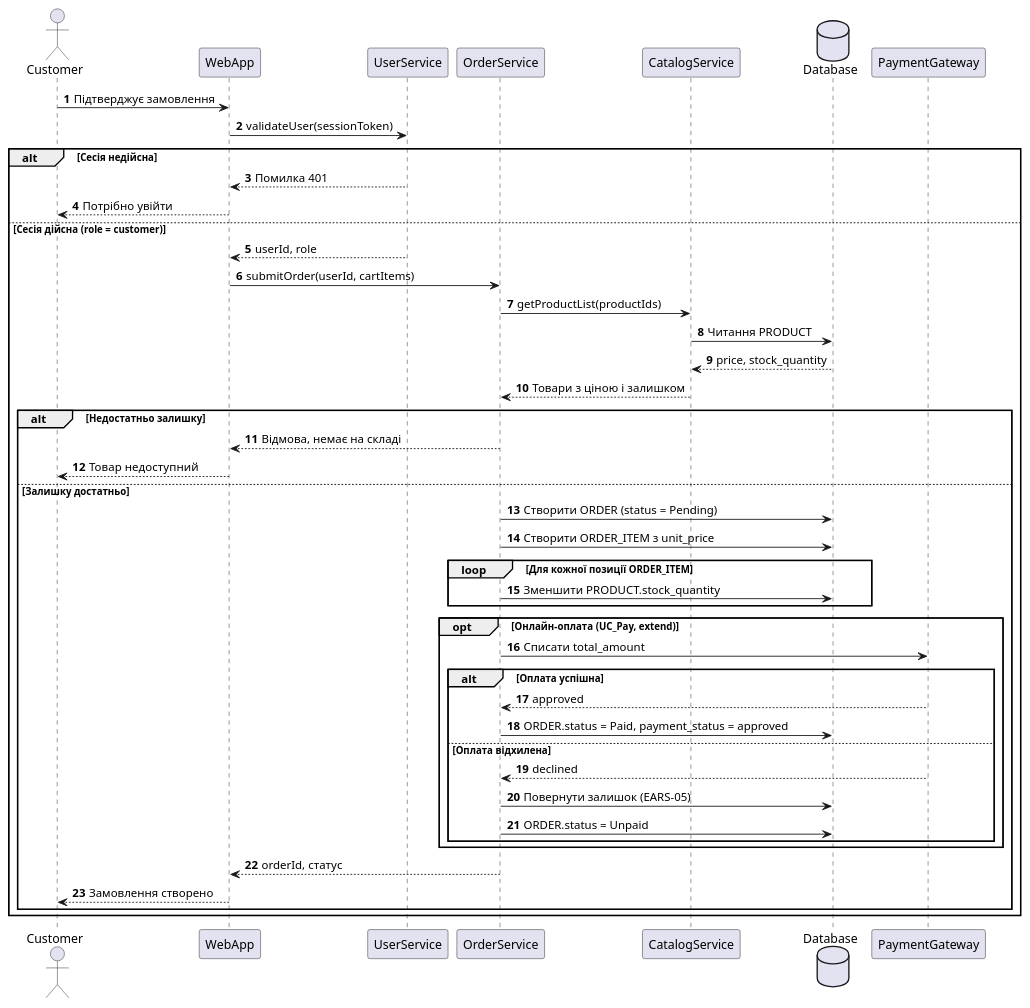
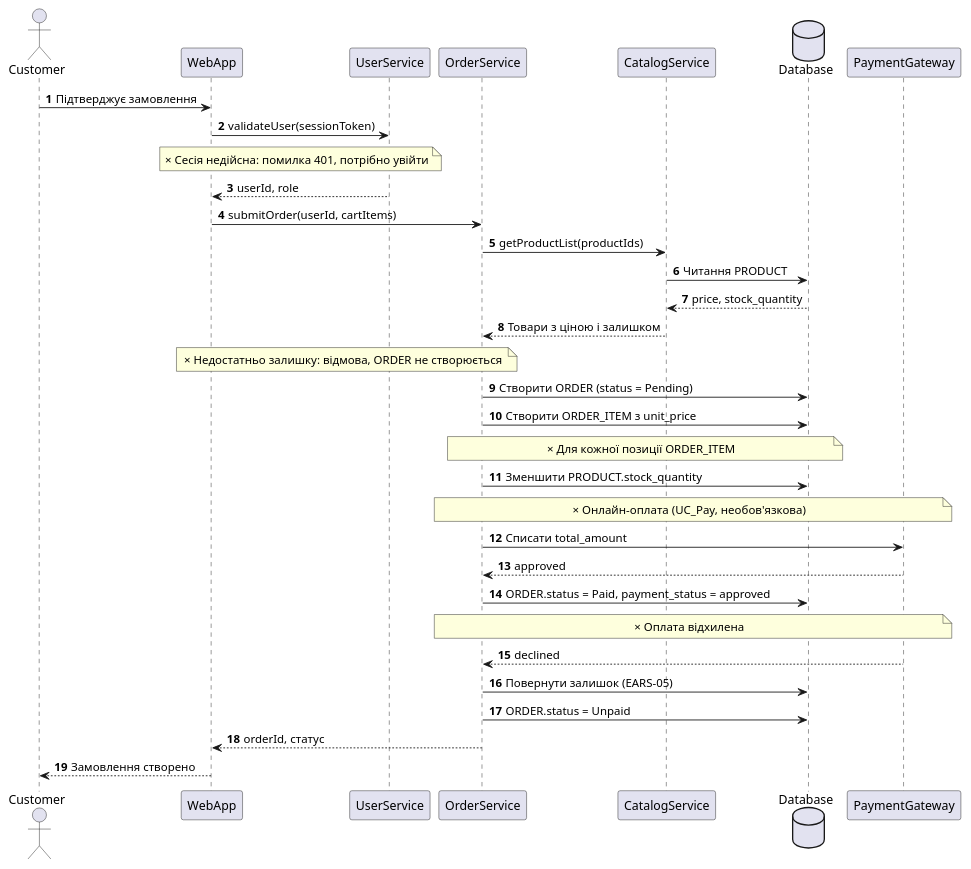
Before and after one commit to Stefect/Modeling-and-Analysis-of-Software-Requirements: the diagram in task-3/sequence.puml, drawn with PlantUML. The commit also changed 2 other files, not shown here.

Commit message:
Оновив sequence-діаграму: тимчасово замінено блоки `alt`, `opt`, `loop` на нотатки «×»; збережено умови як коментарі.

```diff
--- a/task-3/sequence.puml
+++ b/task-3/sequence.puml
@@ -1,48 +1,37 @@
 @startuml sequence
+' ТИМЧАСОВО: alt, opt, loop замінено на note з позначкою ×. Повна версія — у коміті 416d605.
 autonumber
 
 actor Customer
 participant WebApp
 participant UserService
 participant OrderService
 participant CatalogService
 database Database
 participant PaymentGateway
 
 Customer -> WebApp : Підтверджує замовлення
 WebApp -> UserService : validateUser(sessionToken)
-alt Сесія недійсна
-  UserService --> WebApp : Помилка 401
-  WebApp --> Customer : Потрібно увійти
-else Сесія дійсна (role = customer)
-  UserService --> WebApp : userId, role
-  WebApp -> OrderService : submitOrder(userId, cartItems)
-  OrderService -> CatalogService : getProductList(productIds)
-  CatalogService -> Database : Читання PRODUCT
-  Database --> CatalogService : price, stock_quantity
-  CatalogService --> OrderService : Товари з ціною і залишком
-  alt Недостатньо залишку
-    OrderService --> WebApp : Відмова, немає на складі
-    WebApp --> Customer : Товар недоступний
-  else Залишку достатньо
-    OrderService -> Database : Створити ORDER (status = Pending)
-    OrderService -> Database : Створити ORDER_ITEM з unit_price
-    loop Для кожної позиції ORDER_ITEM
-      OrderService -> Database : Зменшити PRODUCT.stock_quantity
-    end
-    opt Онлайн-оплата (UC_Pay, extend)
-      OrderService -> PaymentGateway : Списати total_amount
-      alt Оплата успішна
-        PaymentGateway --> OrderService : approved
-        OrderService -> Database : ORDER.status = Paid, payment_status = approved
-      else Оплата відхилена
-        PaymentGateway --> OrderService : declined
-        OrderService -> Database : Повернути залишок (EARS-05)
-        OrderService -> Database : ORDER.status = Unpaid
-      end
-    end
-    OrderService --> WebApp : orderId, статус
-    WebApp --> Customer : Замовлення створено
-  end
-end
+note over UserService, WebApp : × Сесія недійсна: помилка 401, потрібно увійти
+UserService --> WebApp : userId, role
+WebApp -> OrderService : submitOrder(userId, cartItems)
+OrderService -> CatalogService : getProductList(productIds)
+CatalogService -> Database : Читання PRODUCT
+Database --> CatalogService : price, stock_quantity
+CatalogService --> OrderService : Товари з ціною і залишком
+note over OrderService, WebApp : × Недостатньо залишку: відмова, ORDER не створюється
+OrderService -> Database : Створити ORDER (status = Pending)
+OrderService -> Database : Створити ORDER_ITEM з unit_price
+note over OrderService, Database : × Для кожної позиції ORDER_ITEM
+OrderService -> Database : Зменшити PRODUCT.stock_quantity
+note over OrderService, PaymentGateway : × Онлайн-оплата (UC_Pay, необов'язкова)
+OrderService -> PaymentGateway : Списати total_amount
+PaymentGateway --> OrderService : approved
+OrderService -> Database : ORDER.status = Paid, payment_status = approved
+note over OrderService, PaymentGateway : × Оплата відхилена
+PaymentGateway --> OrderService : declined
+OrderService -> Database : Повернути залишок (EARS-05)
+OrderService -> Database : ORDER.status = Unpaid
+OrderService --> WebApp : orderId, статус
+WebApp --> Customer : Замовлення створено
 @enduml
```
